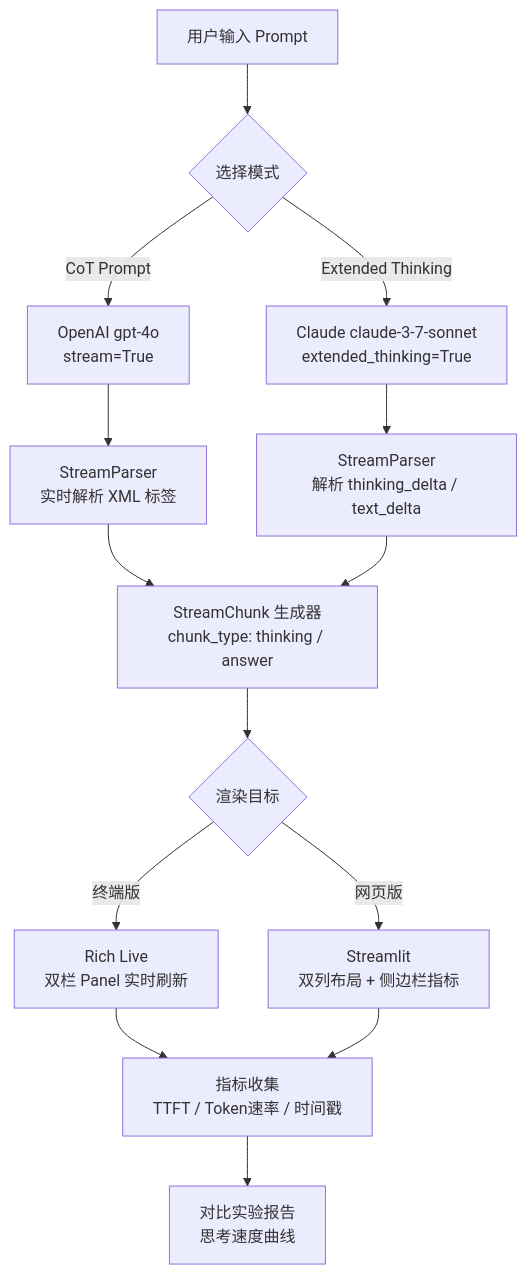
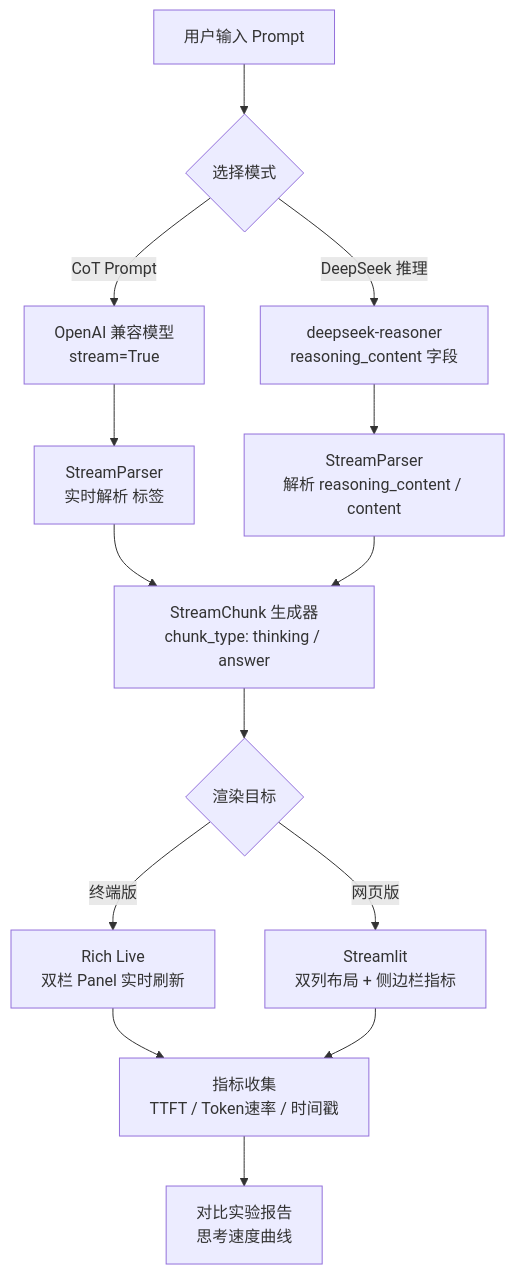
Before and after one commit to swf2020/AI-Agent-in-Practice: the diagram in docs/AI Agent 与大模型应用开发实战手册/第一章 大模型基础与 API 实战/1.3.1【动手一】流式输出 + 实时思维链可视化.md, drawn with Mermaid. The commit also changed other lines of this file and 40 other files, not shown here.

````diff
--- a/docs/AI Agent 与大模型应用开发实战手册/第一章 大模型基础与 API 实战/1.3.1【动手一】流式输出 + 实时思维链可视化.md
+++ b/docs/AI Agent 与大模型应用开发实战手册/第一章 大模型基础与 API 实战/1.3.1【动手一】流式输出 + 实时思维链可视化.md
@@ -17,21 +17,21 @@
 ```mermaid
 graph TD
     A[用户输入 Prompt] --> B{选择模式}
-    B -->|CoT Prompt| C[OpenAI gpt-4o<br/>stream=True]
-    B -->|Extended Thinking| D[Claude claude-3-7-sonnet<br/>extended_thinking=True]
+    B -->|CoT Prompt| C[OpenAI 兼容模型<br/>stream=True]
+    B -->|DeepSeek 推理| D[deepseek-reasoner<br/>reasoning_content 字段]
 
-    C --> E[StreamParser<br/>实时解析 XML 标签]
-    D --> F[StreamParser<br/>解析 thinking_delta / text_delta]
+    C --> E[StreamParser<br/>实时解析 <think> 标签]
+    D --> F[StreamParser<br/>解析 reasoning_content / content]
 
     E --> G[StreamChunk 生成器<br/>chunk_type: thinking / answer]
     F --> G
 
     G --> H{渲染目标}
     H -->|终端版| I[Rich Live<br/>双栏 Panel 实时刷新]
     H -->|网页版| J[Streamlit<br/>双列布局 + 侧边栏指标]
 
     I --> K[指标收集<br/>TTFT / Token速率 / 时间戳]
     J --> K
 
     K --> L[对比实验报告<br/>思考速度曲线]
 ```
````
